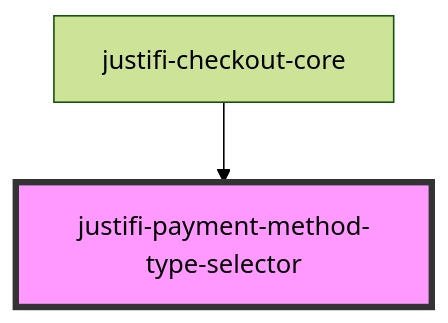
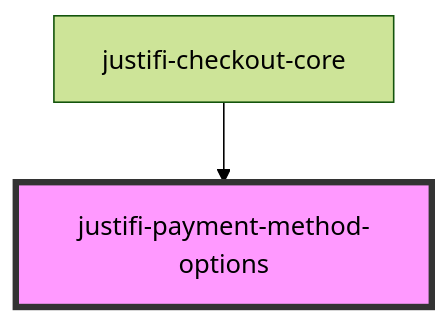
Before and after one commit to justifi-tech/web-component-library: the diagram in packages/webcomponents/src/components/checkout/readme.md, drawn with Mermaid (forest theme). The commit also changed other lines of this file and 11 other files, not shown here.

Commit message:
break up saved pms from create pm token flow

````diff
--- a/packages/webcomponents/src/components/checkout/readme.md
+++ b/packages/webcomponents/src/components/checkout/readme.md
@@ -61,5 +59,5 @@
 ```mermaid
 graph TD;
-  justifi-checkout-core --> justifi-payment-method-type-selector
-  style justifi-payment-method-type-selector fill:#f9f,stroke:#333,stroke-width:4px
+  justifi-checkout-core --> justifi-payment-method-options
+  style justifi-payment-method-options fill:#f9f,stroke:#333,stroke-width:4px
 ```
````
